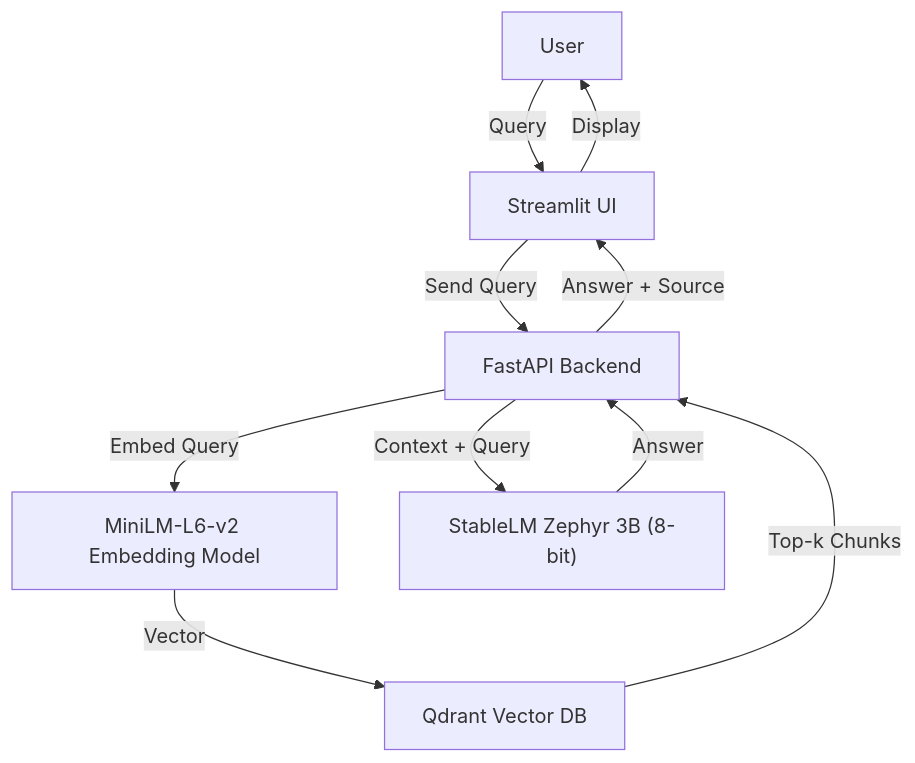
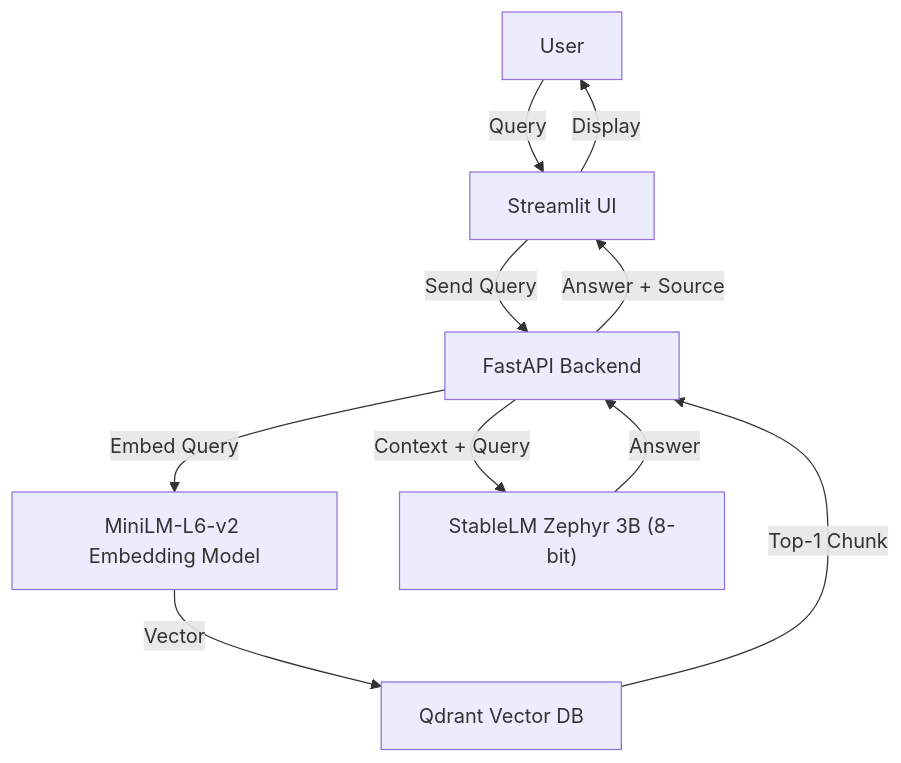
One commit to ragulg06/RAP-RAG changed the diagram in README.md. Above: the diagram before and after it, drawn with Mermaid. The commit also changed other lines of this file and 1 other file, not shown here.

````diff
--- a/README.md
+++ b/README.md
@@ -70,12 +72,12 @@
 ```mermaid
 graph TD;
     User["User"] -->|Query| UI["Streamlit UI"]
     UI -->|Send Query| Backend["FastAPI Backend"]
     Backend -->|Embed Query| Embedder["MiniLM-L6-v2 Embedding Model"]
     Embedder -->|Vector| Qdrant["Qdrant Vector DB"]
-    Qdrant -->|Top-k Chunks| Backend
+    Qdrant -->|Top-1 Chunk| Backend
     Backend -->|Context + Query| LLM["StableLM Zephyr 3B (8-bit)"]
     LLM -->|Answer| Backend
     Backend -->|Answer + Source| UI
     UI -->|Display| User
 ```
````
